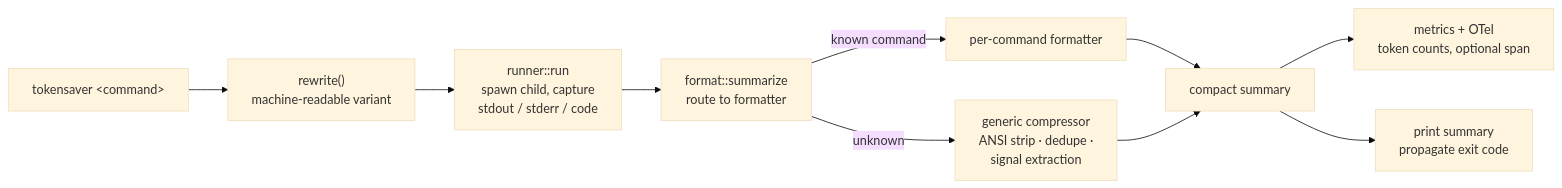
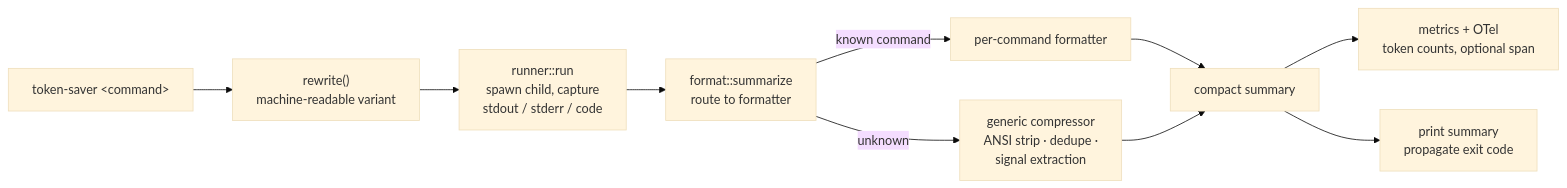
One commit to congiuluc/token-saver changed the diagram in README.md. Above: the diagram before and after it, drawn with Mermaid (base theme). The commit also changed other lines of this file and 36 other files, not shown here.

````diff
--- a/README.md
+++ b/README.md
@@ -113,12 +113,12 @@
 ```mermaid
 flowchart LR
-    A["tokensaver &lt;command&gt;"] --> B["rewrite()<br/>machine-readable variant"]
+    A["token-saver &lt;command&gt;"] --> B["rewrite()<br/>machine-readable variant"]
     B --> C["runner::run<br/>spawn child, capture<br/>stdout / stderr / code"]
     C --> D["format::summarize<br/>route to formatter"]
     D -->|known command| E["per-command formatter"]
     D -->|unknown| F["generic compressor<br/>ANSI strip · dedupe ·<br/>signal extraction"]
     E --> G["compact summary"]
     F --> G
     G --> H["metrics + OTel<br/>token counts, optional span"]
     G --> I["print summary<br/>propagate exit code"]
 ```
````
